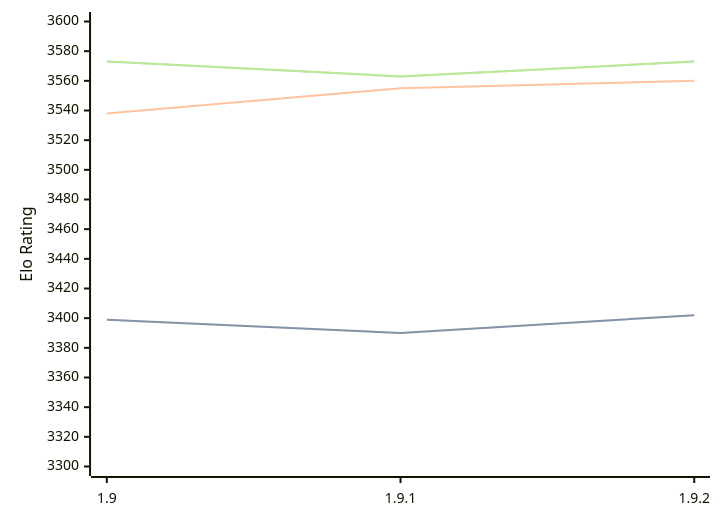
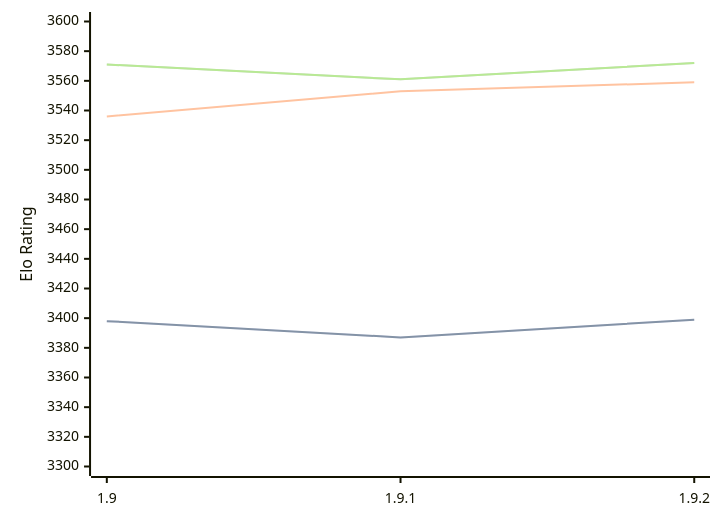
One commit to computer-chess-index/cci changed the diagram in engines/Pawnocchio.md. Above: the diagram before and after it, drawn with Mermaid. The commit also changed other lines of this file, not shown here.

Commit message:
Update CCI Ratings (ELO VLTC) - 2026-03-31

````diff
--- a/engines/Pawnocchio.md
+++ b/engines/Pawnocchio.md
@@ -48,11 +48,11 @@
 ```mermaid
 %%{init: {"theme":"base","themeVariables":{"seriesColors:['#a3a3a3','#222221','#faa371']}}}%%
 xychart-beta
   x-axis ["1.9", "1.9.1", "1.9.2"]
   y-axis "Elo Rating" 3300 --> 3600
-  line "STC (8.0+0.08s)" [3399, 3390, 3402]
-  line "STC (8.0+0.08s)" [3399, 3390, 3402]
-  line "LTC (60.0+0.60s)" [3538, 3555, 3560]
-  line "VLTC (2m24s+1.12s)" [3573, 3563, 3573]
-  line "VLTC (2m24s+1.12s)" [3573, 3563, 3573]
+  line "STC (8.0+0.08s)" [3398, 3387, 3399]
+  line "STC (8.0+0.08s)" [3398, 3387, 3399]
+  line "LTC (60.0+0.60s)" [3536, 3553, 3559]
+  line "VLTC (2m24s+1.12s)" [3571, 3561, 3572]
+  line "VLTC (2m24s+1.12s)" [3571, 3561, 3572]
 ```
````
